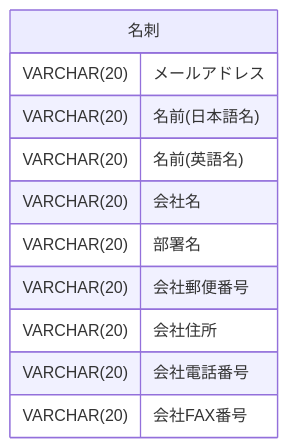
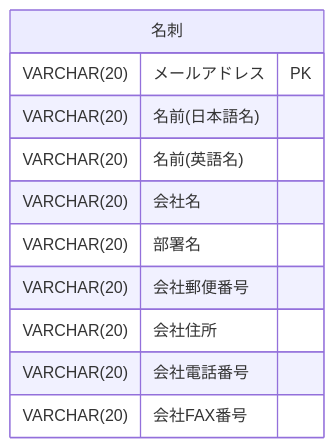
Before and after one commit to KimiyukiYamauchi/db1: the eighth of 9 diagrams in text.sample/chap12.md, drawn with Mermaid. The commit also changed other lines of this file, not shown here.

Commit message:
キーの追加(E-R図)

````diff
--- a/text.sample/chap12.md
+++ b/text.sample/chap12.md
@@ -321,15 +321,15 @@
 ```mermaid
 erDiagram
     名刺 {
-        VARCHAR(20) メールアドレス
+        VARCHAR(20) メールアドレス PK
         VARCHAR(20) 名前(日本語名)
         VARCHAR(20) 名前(英語名)
         VARCHAR(20) 会社名
         VARCHAR(20) 部署名
         VARCHAR(20) 会社郵便番号
         VARCHAR(20) 会社住所
         VARCHAR(20) 会社電話番号
         VARCHAR(20) 会社FAX番号
     }
 
 ```
````
